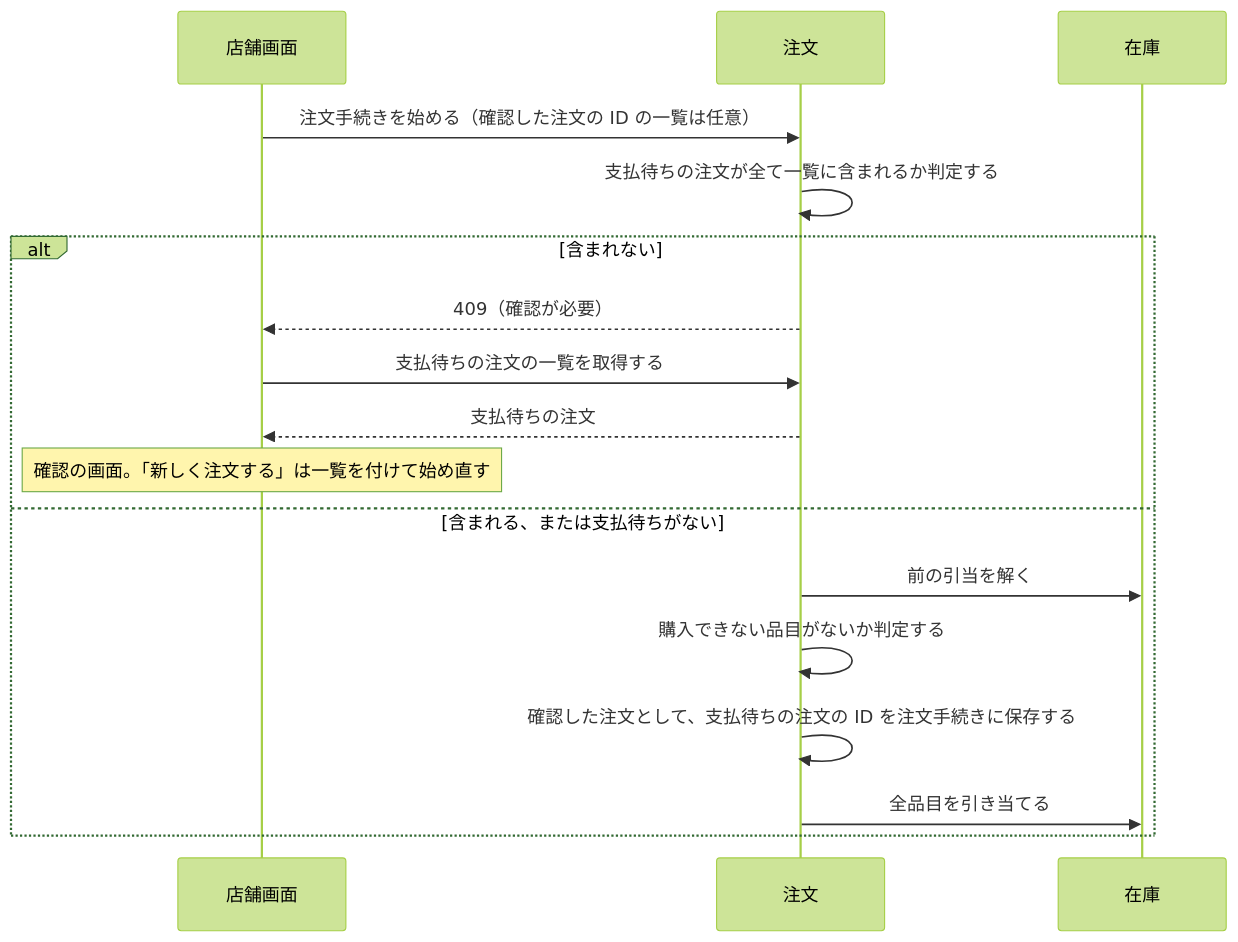
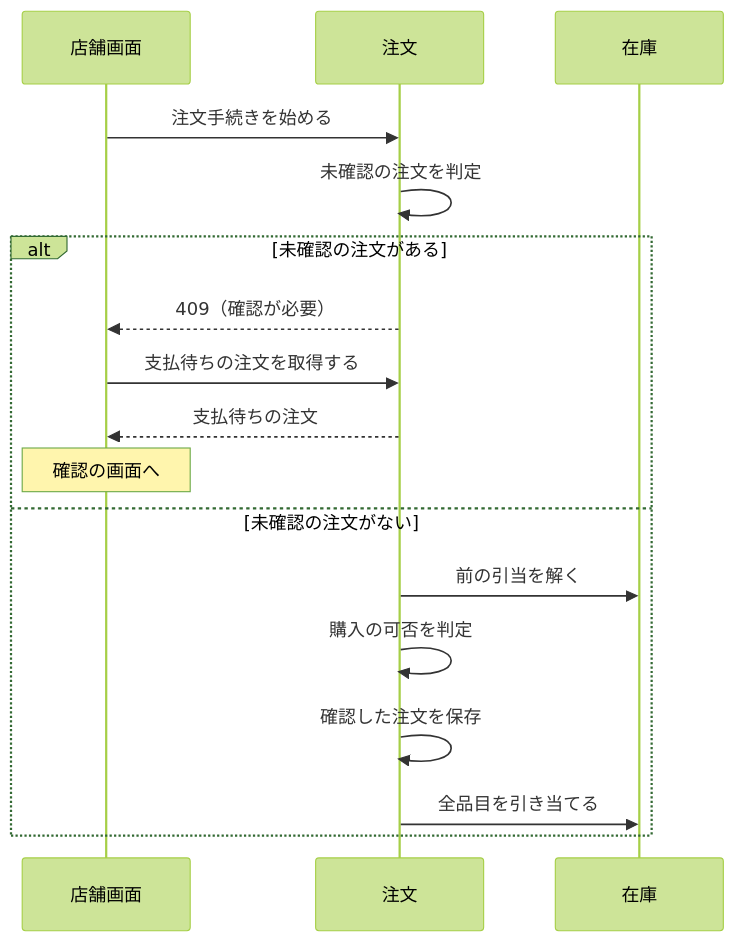
The first of 4 diagrams in docs/02-設計/order.md (roger88106/ec-site), drawn with Mermaid (forest theme) before and after one commit. The commit also changed other lines of this file, not shown here.

Commit message:
order: 注文の設計の図のラベルを短くする（#406）
自分への矢印の文字が線に重なって読みにくいため。条件と手順の細部は、図の下の文に移した。

````diff
--- a/docs/02-設計/order.md
+++ b/docs/02-設計/order.md
@@ -37,19 +37,19 @@
 ```mermaid
 sequenceDiagram
     participant U as 店舗画面
     participant O as 注文
     participant I as 在庫
-    U->>O: 注文手続きを始める（確認した注文の ID の一覧は任意）
-    O->>O: 支払待ちの注文が全て一覧に含まれるか判定する
-    alt 含まれない
+    U->>O: 注文手続きを始める
+    O->>O: 未確認の注文を判定
+    alt 未確認の注文がある
         O-->>U: 409（確認が必要）
-        U->>O: 支払待ちの注文の一覧を取得する
+        U->>O: 支払待ちの注文を取得する
         O-->>U: 支払待ちの注文
-        Note over U: 確認の画面。「新しく注文する」は一覧を付けて始め直す
-    else 含まれる、または支払待ちがない
+        Note over U: 確認の画面へ
+    else 未確認の注文がない
         O->>I: 前の引当を解く
-        O->>O: 購入できない品目がないか判定する
-        O->>O: 確認した注文として、支払待ちの注文の ID を注文手続きに保存する
+        O->>O: 購入の可否を判定
+        O->>O: 確認した注文を保存
         O->>I: 全品目を引き当てる
     end
 ```
````
